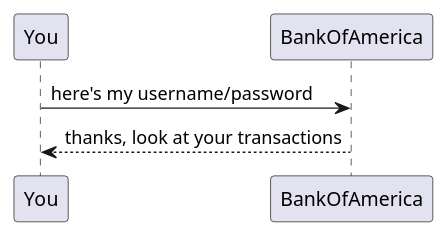
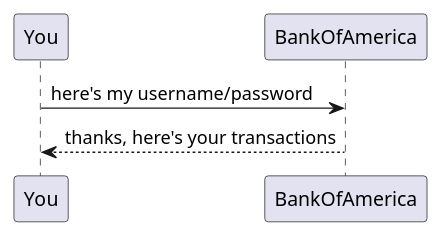
One commit to sheymans/elementsOf changed the diagram in oauth2/images/simple_auth.puml. Above: the diagram before and after it, drawn with PlantUML. The commit also changed 4 other files, not shown here.

```diff
--- a/oauth2/images/simple_auth.puml
+++ b/oauth2/images/simple_auth.puml
@@ -1,4 +1,4 @@
 @startuml
 You -> BankOfAmerica: here's my username/password
-BankOfAmerica --> You: thanks, look at your transactions
+BankOfAmerica --> You: thanks, here's your transactions
 @enduml
```
